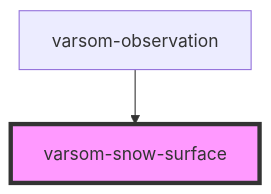
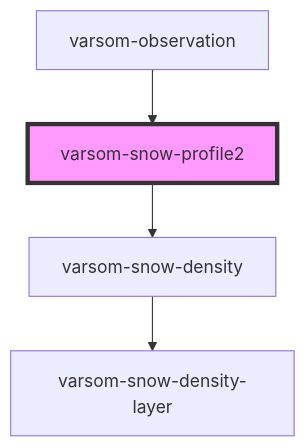
One commit to NVE/varsom-observation changed the diagram in observasjonskort/src/components/varsom-snow-profile2/readme.md. Above: the diagram before and after it, drawn with Mermaid. The commit also changed other lines of this file and 27 other files, not shown here.

````diff
--- a/observasjonskort/src/components/varsom-snow-profile2/readme.md
+++ b/observasjonskort/src/components/varsom-snow-profile2/readme.md
@@ -29,5 +34,7 @@
 ```mermaid
 graph TD;
-  varsom-observation --> varsom-snow-surface
-  style varsom-snow-surface fill:#f9f,stroke:#333,stroke-width:4px
+  varsom-snow-profile2 --> varsom-snow-density
+  varsom-snow-density --> varsom-snow-density-layer
+  varsom-observation --> varsom-snow-profile2
+  style varsom-snow-profile2 fill:#f9f,stroke:#333,stroke-width:4px
 ```
````
